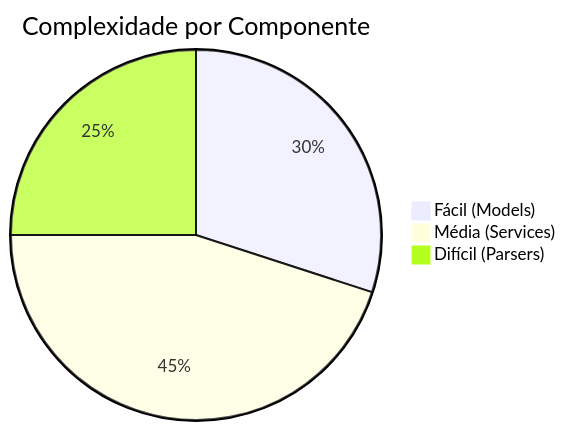
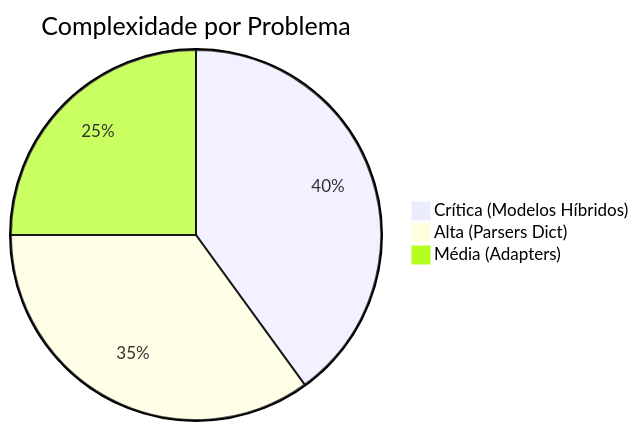
Before and after one commit to Bergami/CriEduc.SmartQuest: the ninth of 9 diagrams in docs/pydantic_vs_dict_visual_flows.md, drawn with Mermaid. The commit also changed other lines of this file and 2 other files, not shown here.

First line of the commit message:
Atualiza documentação sobre migração Pydantic vs Dict

````diff
--- a/docs/pydantic_vs_dict_visual_flows.md
+++ b/docs/pydantic_vs_dict_visual_flows.md
@@ -277,6 +284,6 @@
 ```mermaid
-pie title Complexidade por Componente
-    "Fácil (Models)" : 30
-    "Média (Services)" : 45
-    "Difícil (Parsers)" : 25
+pie title Complexidade por Problema
+    "Crítica (Modelos Híbridos)" : 40
+    "Alta (Parsers Dict)" : 35
+    "Média (Adapters)" : 25
 ```
````
